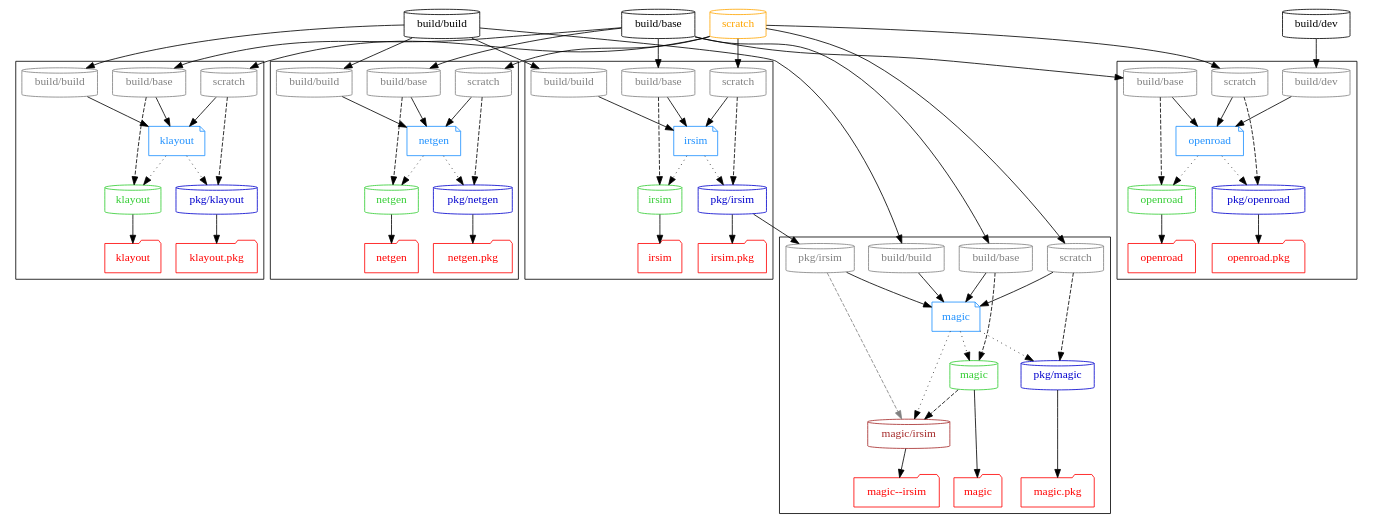
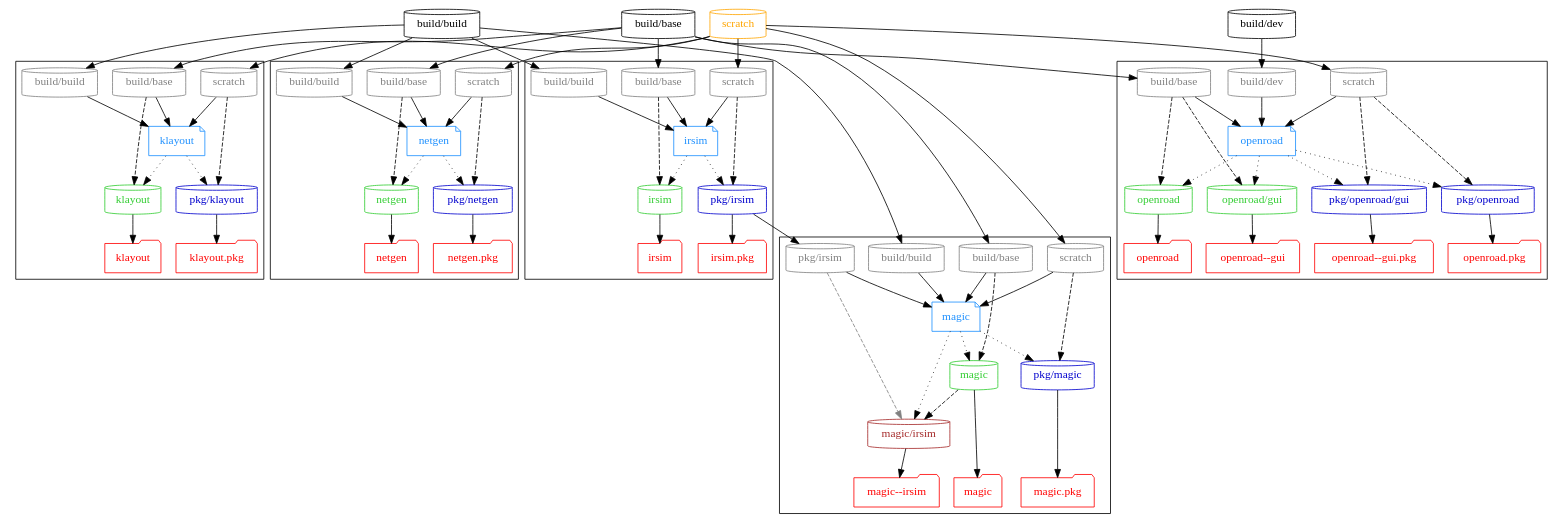
The diagram in doc/graph/asic.dot (hdl/containers), drawn with Graphviz before and after one commit. The commit also changed 7 other files, not shown here.

Commit message:
debian-bullseye/openroad: add openroad/gui (#46)

```diff
--- a/doc/graph/asic.dot
+++ b/doc/graph/asic.dot
@@ -44,6 +44,7 @@
       "magic"
       "netgen"
       "openroad"
+      "openroad/gui"
     }
     { node [color=mediumblue, fontcolor=mediumblue]
       "pkg/irsim"
@@ -51,6 +52,7 @@
       "pkg/magic"
       "pkg/netgen"
       "pkg/openroad"
+      "pkg/openroad/gui"
     }
     { node [color=brown, fontcolor=brown]
       "magic/irsim"
@@ -178,17 +180,24 @@
 
     d_openroad -> {
       "openroad"
+      "openroad/gui"
       "pkg/openroad"
+      "pkg/openroad/gui"
     } [style=dotted];
 
     {
       node [shape=folder, color=red, fontcolor=red]
       "t_openroad" [label="openroad"];
       "t_pkg/openroad" [label="openroad.pkg"];
+      "t_openroad/gui" [label="openroad--gui"];
+      "t_pkg/openroad/gui" [label="openroad--gui.pkg"];
     }
 
     "openroad" -> "t_openroad";
     "pkg/openroad" -> "t_pkg/openroad";
+
+    "openroad/gui" -> "t_openroad/gui";
+    "pkg/openroad/gui" -> "t_pkg/openroad/gui";
   }
 
   # Dockerfile dependencies
@@ -228,6 +237,8 @@
     "p_netgen_scratch" -> "pkg/netgen";
     "p_openroad_build/base" -> "openroad";
     "p_openroad_scratch" -> "pkg/openroad";
+    "p_openroad_build/base" -> "openroad/gui";
+    "p_openroad_scratch" -> "pkg/openroad/gui";
   }
 
   { edge [style=dashed, color=grey]
```
